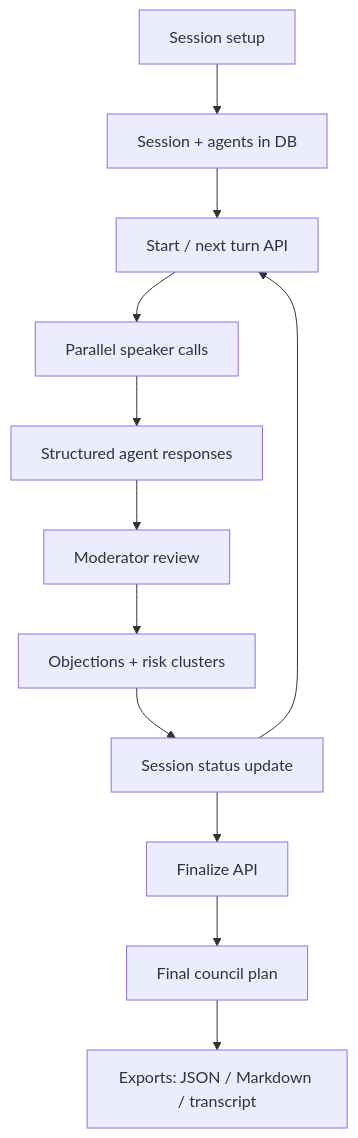
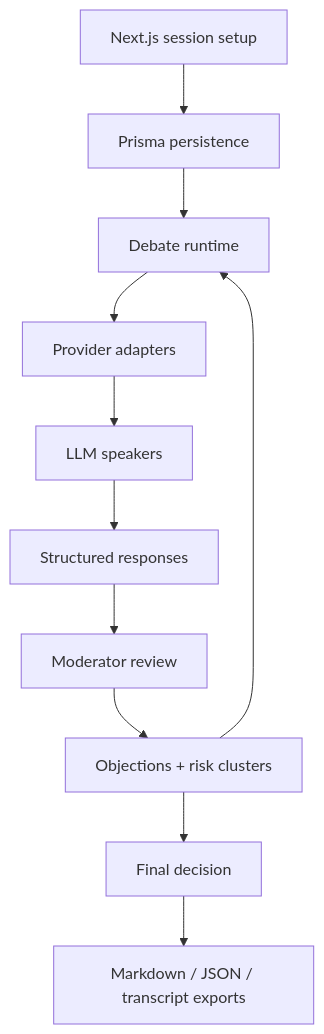
Before and after one commit to mamidevs/mamidevs.github.io: the diagram in projects/high-council/README.md, drawn with Mermaid. The commit also changed other lines of this file and 3 other files, not shown here.

````diff
--- a/projects/high-council/README.md
+++ b/projects/high-council/README.md
@@ -46,14 +29,13 @@
 ```mermaid
 flowchart TD
-  A["Session setup"] --> B["Session + agents in DB"]
-  B --> C["Start / next turn API"]
-  C --> D["Parallel speaker calls"]
-  D --> E["Structured agent responses"]
-  E --> F["Moderator review"]
-  F --> G["Objections + risk clusters"]
-  G --> H["Session status update"]
+  A["Next.js session setup"] --> B["Prisma persistence"]
+  B --> C["Debate runtime"]
+  C --> D["Provider adapters"]
+  D --> E["LLM speakers"]
+  E --> F["Structured responses"]
+  F --> G["Moderator review"]
+  G --> H["Objections + risk clusters"]
   H --> C
-  H --> I["Finalize API"]
-  I --> J["Final council plan"]
-  J --> K["Exports: JSON / Markdown / transcript"]
+  H --> I["Final decision"]
+  I --> J["Markdown / JSON / transcript exports"]
 ```
````
